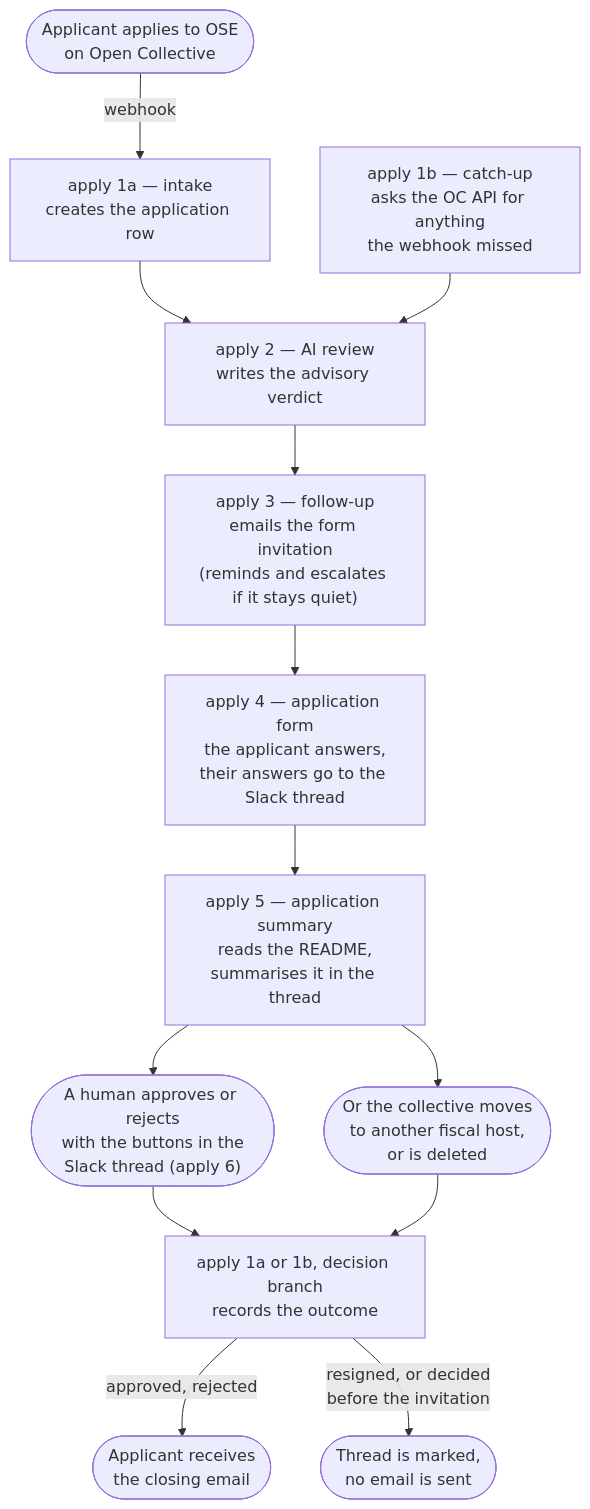
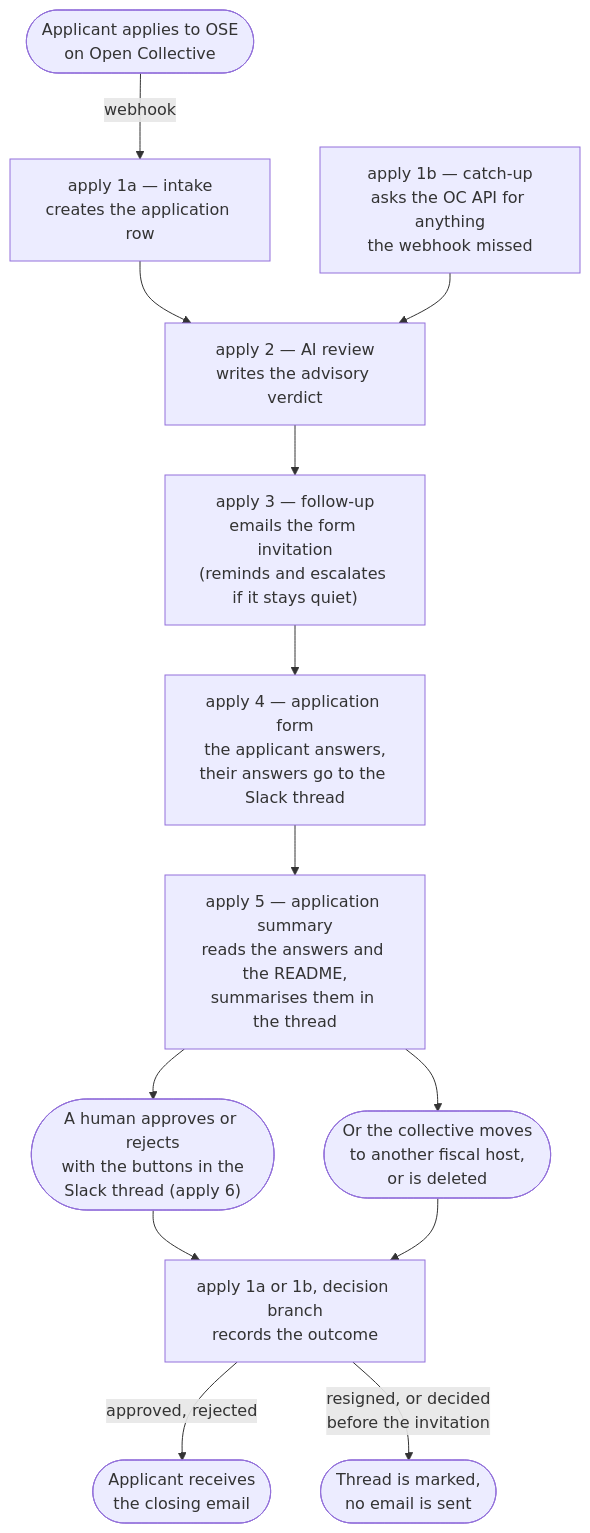
One commit to opensourceeurope/community changed the diagram in automation/README.md. Above: the diagram before and after it, drawn with Mermaid. The commit also changed other lines of this file and 11 other files, not shown here.

````diff
--- a/automation/README.md
+++ b/automation/README.md
@@ -146,17 +146,17 @@
 ```mermaid
 flowchart TD
     START(["Applicant applies to OSE<br>on Open Collective"])
     START -->|"webhook"| A1a["apply 1a — intake<br>creates the application row"]
     A1b["apply 1b — catch-up<br>asks the OC API for anything<br>the webhook missed"]
     A1a --> A2["apply 2 — AI review<br>writes the advisory verdict"]
     A1b --> A2
     A2 --> A3["apply 3 — follow-up<br>emails the form invitation<br>(reminds and escalates if it stays quiet)"]
     A3 --> A4["apply 4 — application form<br>the applicant answers,<br>their answers go to the Slack thread"]
-    A4 --> A5s["apply 5 — application summary<br>reads the README,<br>summarises it in the thread"]
+    A4 --> A5s["apply 5 — application summary<br>reads the answers and the README,<br>summarises them in the thread"]
     A5s --> HUMAN(["A human approves or rejects<br>with the buttons in the<br>Slack thread (apply 6)"])
     A5s --> GONE(["Or the collective moves<br>to another fiscal host,<br>or is deleted"])
     HUMAN --> A5["apply 1a or 1b, decision branch<br>records the outcome"]
     GONE --> A5
     A5 -->|"approved, rejected"| END(["Applicant receives<br>the closing email"])
     A5 -->|"resigned, or decided<br>before the invitation"| MARK(["Thread is marked,<br>no email is sent"])
 ```
````
